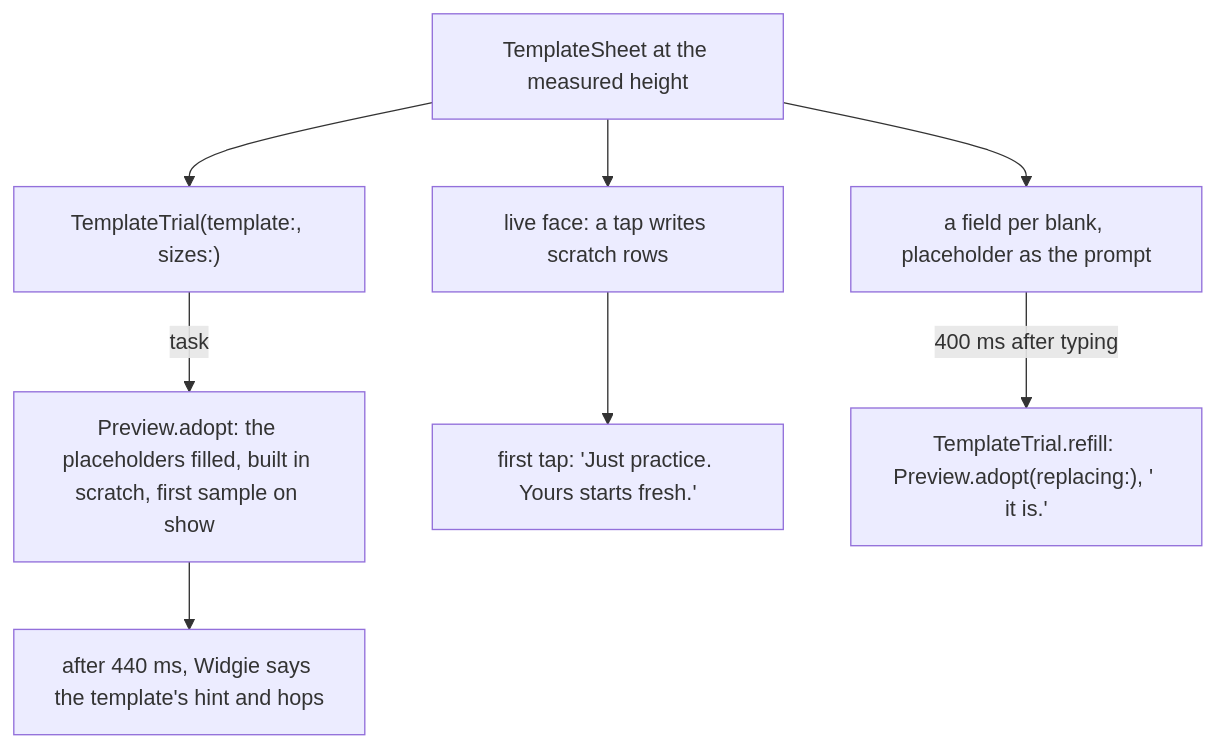
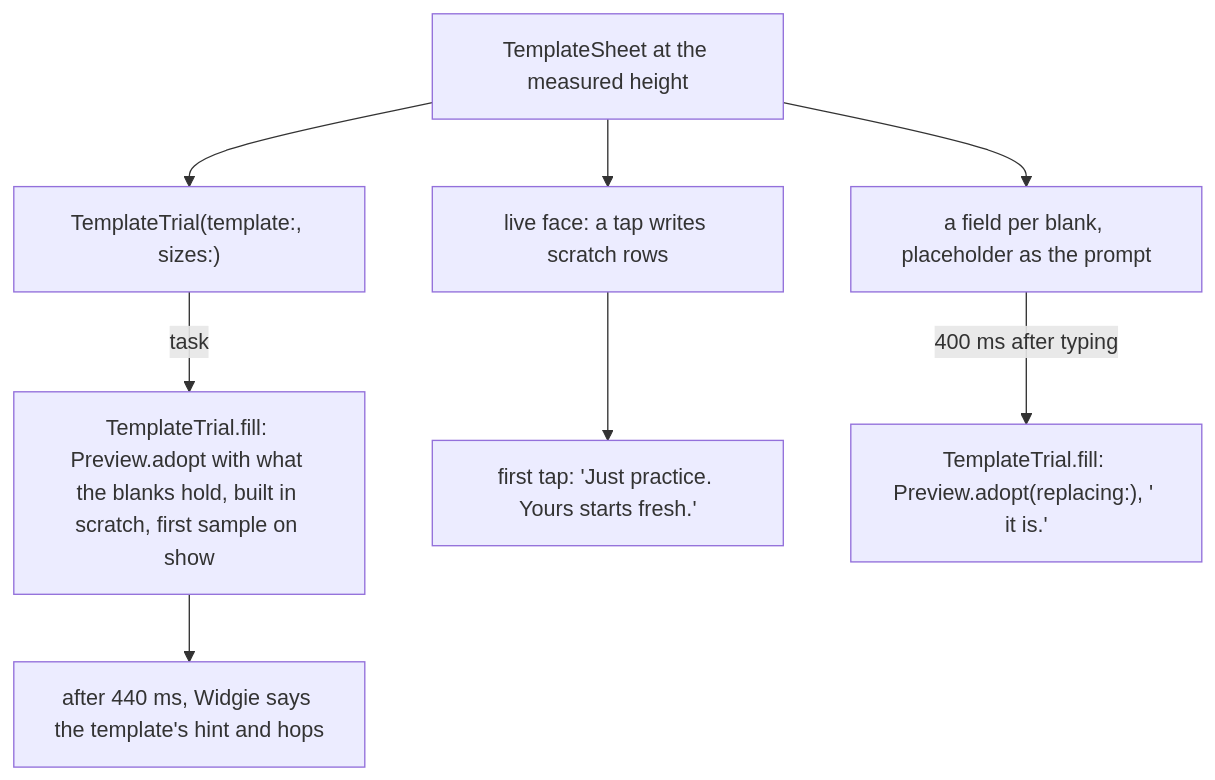
One commit to Krutik460/Widgie changed the second of 4 diagrams in docs/pr/16-app-shell-u3-templates.md. Above: the diagram before and after it, drawn with Mermaid. The commit also changed other lines of this file, not shown here.

````diff
--- a/docs/pr/16-app-shell-u3-templates.md
+++ b/docs/pr/16-app-shell-u3-templates.md
@@ -43,10 +43,10 @@
 ```mermaid
 flowchart TD
   OPEN["TemplateSheet at the measured height"] --> TRIAL["TemplateTrial(template:, sizes:)"]
-  TRIAL -->|"task"| ADOPT["Preview.adopt: the placeholders filled, built in scratch, first sample on show"]
+  TRIAL -->|"task"| ADOPT["TemplateTrial.fill: Preview.adopt with what the blanks hold, built in scratch, first sample on show"]
   ADOPT --> GREET["after 440 ms, Widgie says the template's hint and hops"]
   OPEN --> FACE["live face: a tap writes scratch rows"]
   FACE --> PRACTICE["first tap: 'Just practice. Yours starts fresh.'"]
   OPEN --> FIELD["a field per blank, placeholder as the prompt"]
-  FIELD -->|"400 ms after typing"| REFILL["TemplateTrial.refill: Preview.adopt(replacing:), '<name> it is.'"]
+  FIELD -->|"400 ms after typing"| REFILL["TemplateTrial.fill: Preview.adopt(replacing:), '<name> it is.'"]
 ```
````
